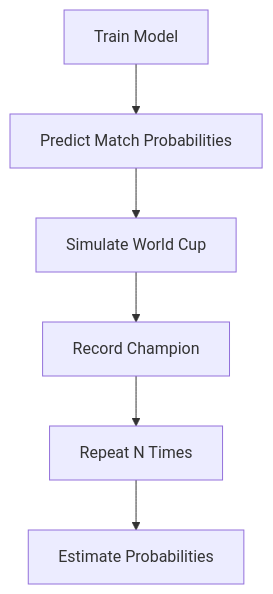
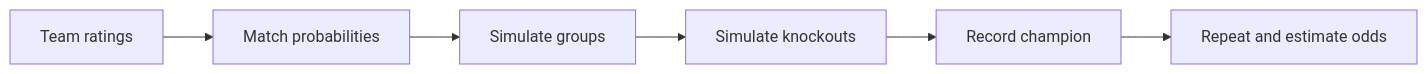
The diagram in README.md (satkynovilgiz/FIFA-World-Cup-Predictor), drawn with Mermaid before and after one commit. The commit also changed other lines of this file, not shown here.

````diff
--- a/README.md
+++ b/README.md
@@ -107,8 +54,8 @@
 ```mermaid
-graph TD
-    A[Train Model] --> B[Predict Match Probabilities]
-    B --> C[Simulate World Cup]
-    C --> D[Record Champion]
-    D --> E[Repeat N Times]
-    E --> F[Estimate Probabilities]
+flowchart LR
+    A["Team ratings"] --> B["Match probabilities"]
+    B --> C["Simulate groups"]
+    C --> D["Simulate knockouts"]
+    D --> E["Record champion"]
+    E --> F["Repeat and estimate odds"]
 ```
````
